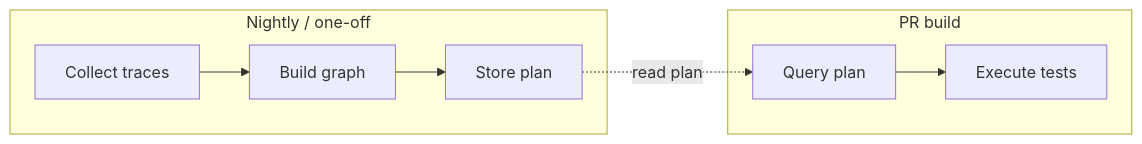
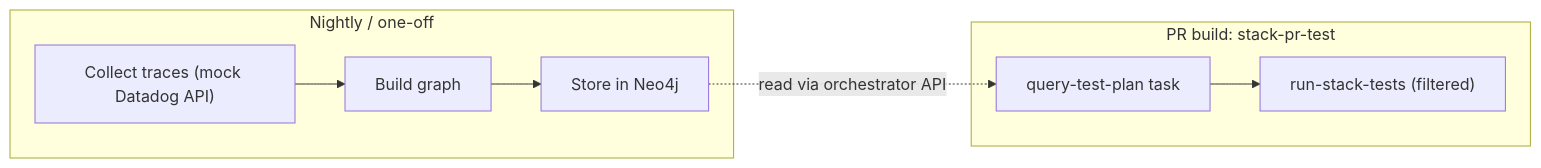
One commit to jmjava/tekton-dag changed the diagram in milestones/milestone-9.md. Above: the diagram before and after it, drawn with Mermaid. The commit also changed other lines of this file and 2 other files, not shown here.

````diff
--- a/milestones/milestone-9.md
+++ b/milestones/milestone-9.md
@@ -40,15 +36,15 @@
 ```mermaid
 flowchart LR
   subgraph nightly [Nightly / one-off]
-    Collect[Collect traces]
+    Collect["Collect traces (mock Datadog API)"]
     Build[Build graph]
-    Store[Store plan]
+    Store["Store in Neo4j"]
     Collect --> Build --> Store
   end
-  subgraph pr [PR build]
-    Query[Query plan]
-    Execute[Execute tests]
+  subgraph pr [PR build: stack-pr-test]
+    Query["query-test-plan task"]
+    Execute["run-stack-tests (filtered)"]
     Query --> Execute
   end
-  Store -.->|read plan| Query
+  Store -.->|"read via orchestrator API"| Query
 ```
````
